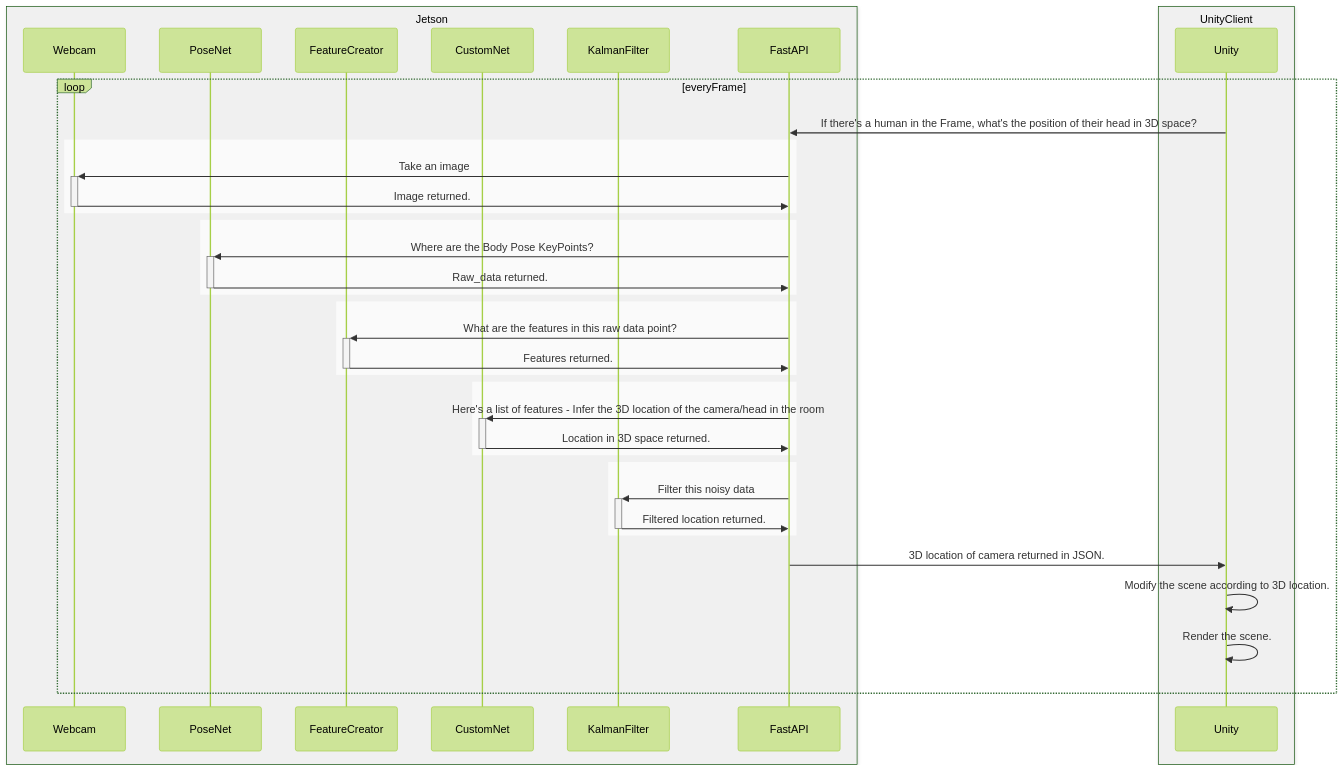
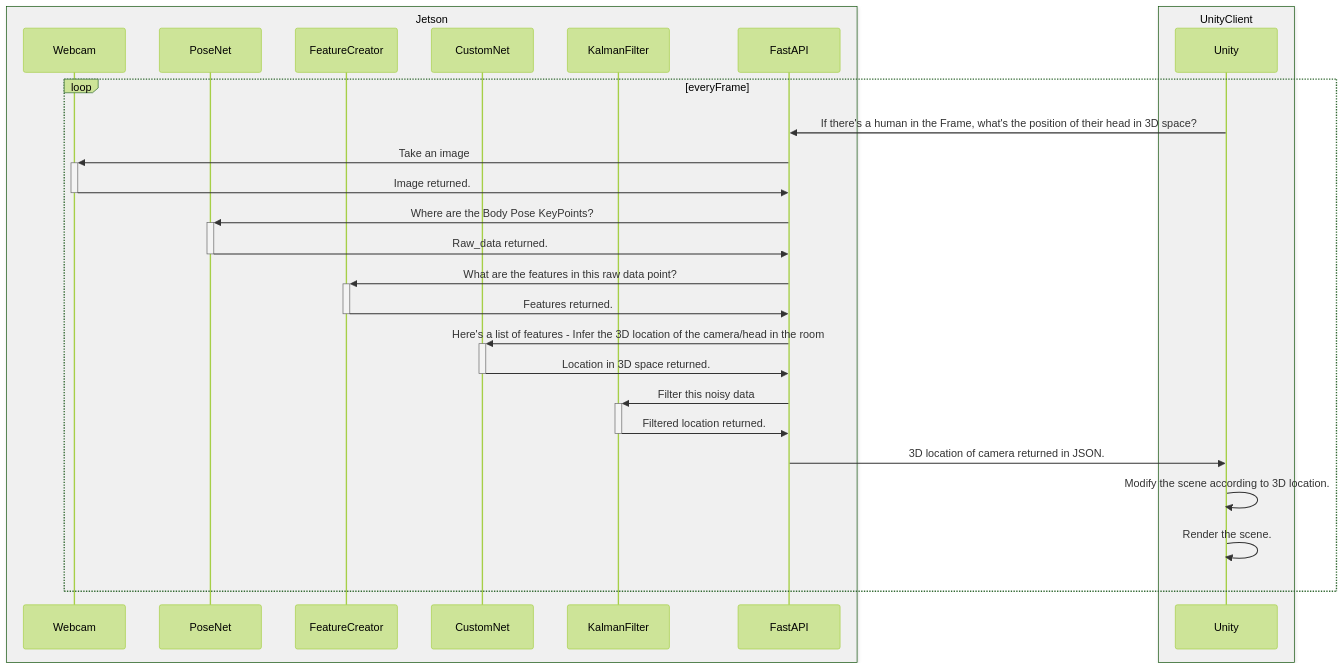
Before and after one commit to eyast/eyast.github.io: the diagram in _projects/3D_Display.md, drawn with Mermaid (forest theme).

Commit message:
removed rect

```diff
--- a/_projects/3D_Display.md
+++ b/_projects/3D_Display.md
@@ -31,41 +31,31 @@
 {% mermaid %}
 sequenceDiagram
     box rgb(240,240,240) Jetson
     participant Webcam
     participant PoseNet
     participant FeatureCreator
     participant CustomNet
     participant KalmanFilter
     participant FastAPI
     end
     box  rgb(240,240,240) UnityClient
     participant Unity
     end
     loop everyFrame
     Unity->>FastAPI:If there's a human in the Frame, what's the position of their head in 3D space?
-    rect rgb(250,250,250)
     FastAPI->>+Webcam: Take an image
     Webcam->>-FastAPI: Image returned.
-    end
-    rect rgb(250,250,250)
     FastAPI->>+PoseNet: Where are the Body Pose KeyPoints?
     PoseNet->>-FastAPI: Raw_data returned.
-    end
-    rect rgb(250,250,250)
     FastAPI->>+FeatureCreator: What are the features in this raw data point?
     FeatureCreator->>-FastAPI: Features returned.
-    end
-    rect rgb(250,250,250)
     FastAPI->>+CustomNet: Here's a list of features - Infer the 3D location of the camera/head in the room
     CustomNet->>-FastAPI: Location in 3D space returned.
-    end
-    rect rgb(250,250,250)
     FastAPI->>+KalmanFilter: Filter this noisy data
     KalmanFilter->>-FastAPI: Filtered location returned.
-    end
     FastAPI->>Unity: 3D location of camera returned in JSON.
     Unity->>Unity: Modify the scene according to 3D location.
     Unity->>Unity: Render the scene.
     end
 
 {% endmermaid %}
```
